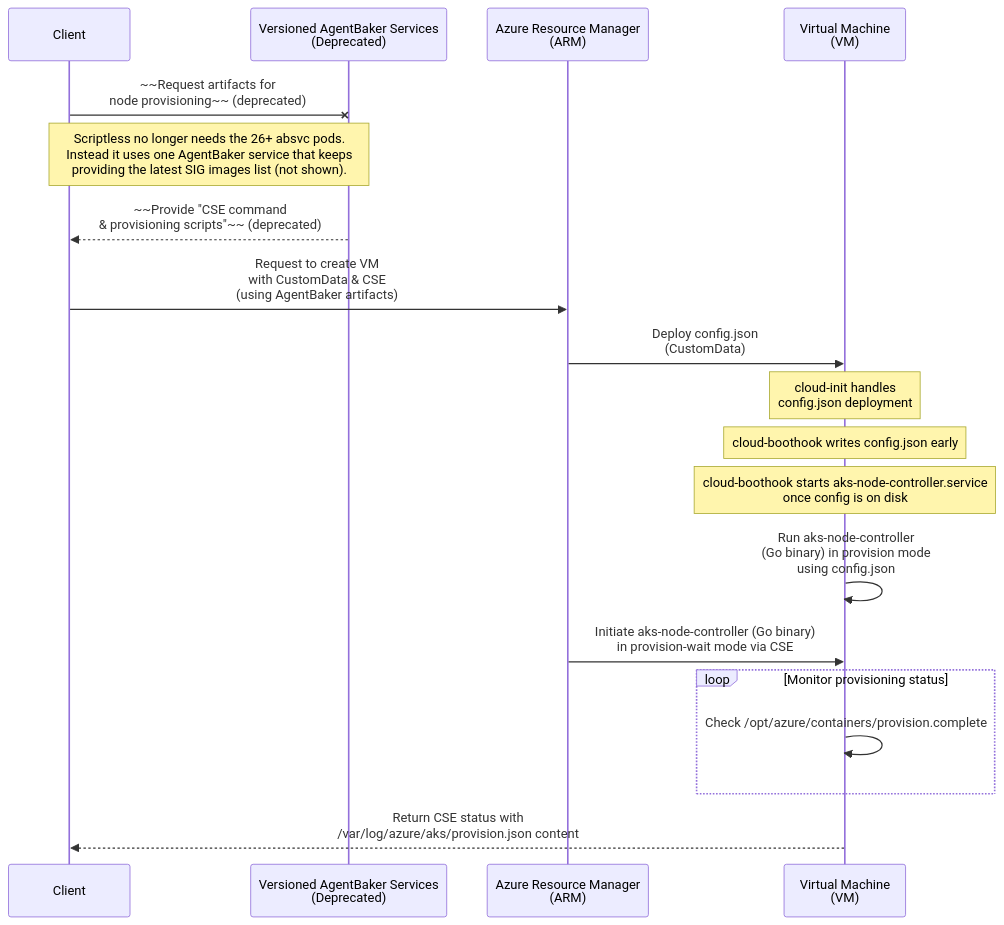
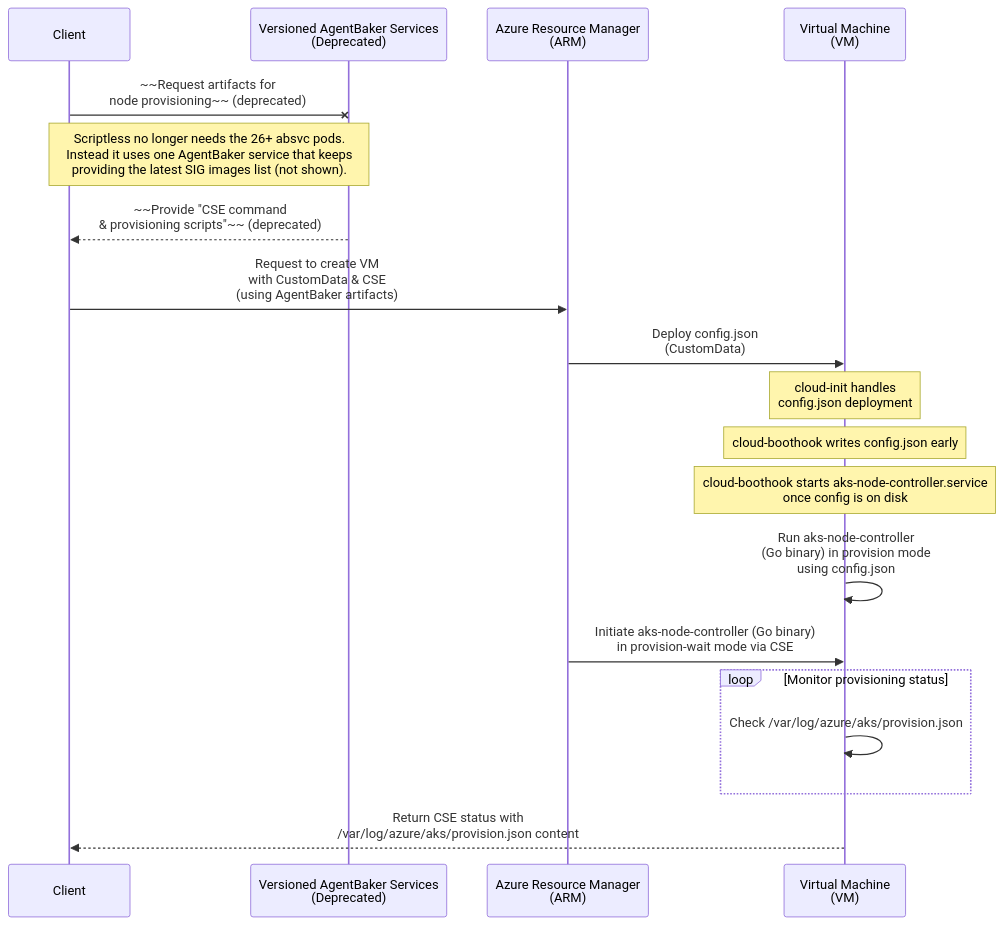
The diagram in aks-node-controller/README.md (Azure/AgentBaker), drawn with Mermaid before and after one commit. The commit also changed other lines of this file and 11 other files, not shown here.

````diff
--- a/aks-node-controller/README.md
+++ b/aks-node-controller/README.md
@@ -190,28 +197,28 @@
 ```mermaid
 sequenceDiagram
     participant Client as Client
     participant AgentBaker as Versioned AgentBaker Services<br/>(Deprecated)
     participant ARM as Azure Resource Manager<br/>(ARM)
     participant VM as Virtual Machine<br/>(VM)
 
     Client -x AgentBaker: ~~Request artifacts for<br/> node provisioning~~ (deprecated)
     note over Client, AgentBaker: Scriptless no longer needs the 26+ absvc pods.<br/> Instead it uses one AgentBaker service that keeps<br/> providing the latest SIG images list (not shown).
 
     AgentBaker-->>Client: ~~Provide "CSE command<br/> & provisioning scripts"~~ (deprecated)
 
     Client->>ARM: Request to create VM<br/>with CustomData & CSE<br/>(using AgentBaker artifacts)
     ARM->>VM: Deploy config.json<br/>(CustomData)
     note over VM: cloud-init handles<br/>config.json deployment
 
     note over VM: cloud-boothook writes config.json early
     note over VM: cloud-boothook starts aks-node-controller.service<br/>once config is on disk
     VM->>VM: Run aks-node-controller<br/>(Go binary) in provision mode<br/>using config.json
 
     ARM->>VM: Initiate aks-node-controller (Go binary)<br/>in provision-wait mode via CSE
 
     loop Monitor provisioning status
-        VM->>VM: Check /opt/azure/containers/provision.complete
+        VM->>VM: Check /var/log/azure/aks/provision.json
     end
 
     VM-->>Client: Return CSE status with<br/>/var/log/azure/aks/provision.json content
 ```
````
